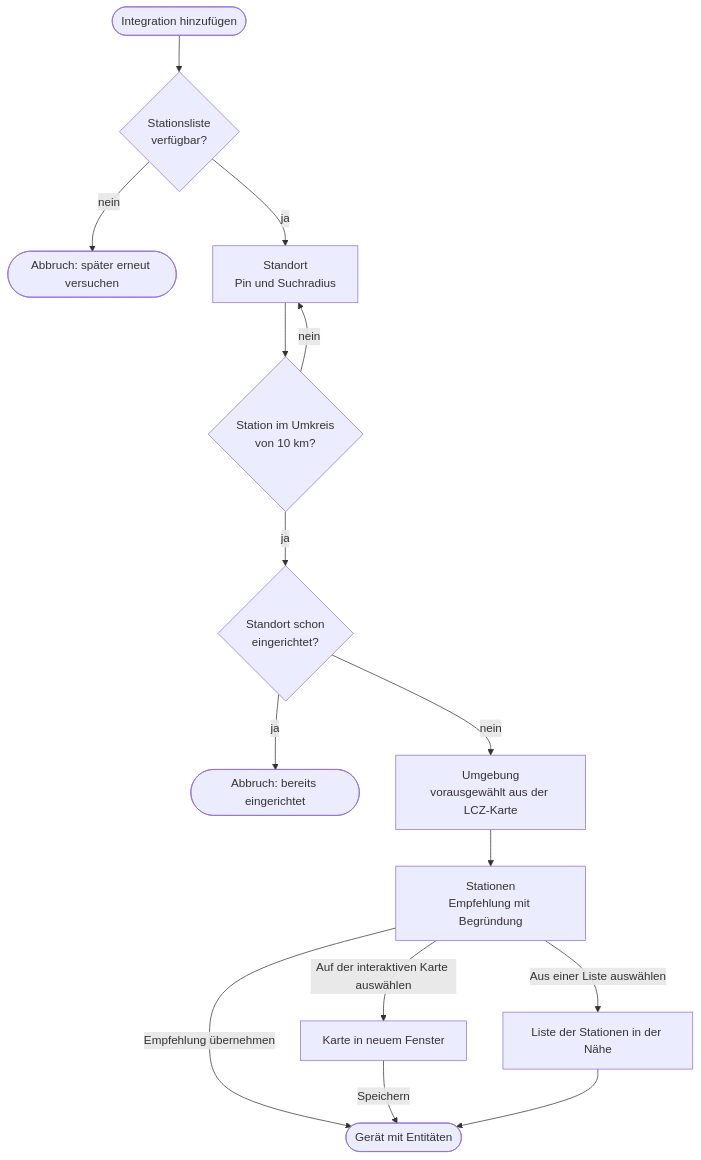
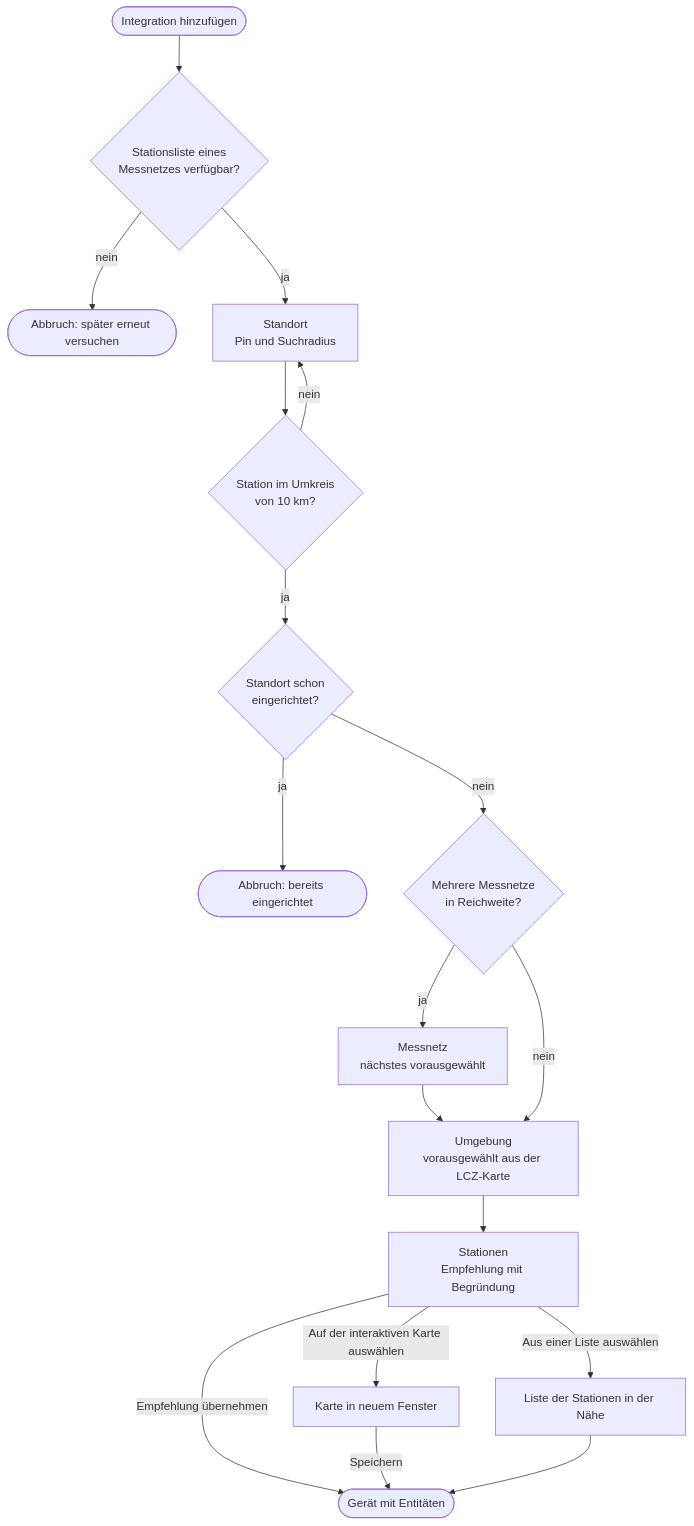
Before and after one commit to CodeBrauer/ha-urban-weather: the diagram in docs/de/user/setup.md, drawn with Mermaid. The commit also changed other lines of this file and 30 other files, not shown here.

First line of the commit message:
feat: choose the network in the config flow (#78)

````diff
--- a/docs/de/user/setup.md
+++ b/docs/de/user/setup.md
@@ -8,15 +8,17 @@
 ```mermaid
 flowchart TD
-    Start([Integration hinzufügen]) --> List{Stationsliste<br>verfügbar?}
+    Start([Integration hinzufügen]) --> List{Stationsliste eines<br>Messnetzes verfügbar?}
     List -- nein --> Abort1([Abbruch: später erneut versuchen])
     List -- ja --> Location[Standort<br>Pin und Suchradius]
     Location --> Covered{Station im Umkreis<br>von 10 km?}
     Covered -- nein --> Location
     Covered -- ja --> Known{Standort schon<br>eingerichtet?}
     Known -- ja --> Abort2([Abbruch: bereits eingerichtet])
-    Known -- nein --> Env[Umgebung<br>vorausgewählt aus der LCZ-Karte]
+    Known -- nein --> Several{Mehrere Messnetze<br>in Reichweite?}
+    Several -- ja --> Network[Messnetz<br>nächstes vorausgewählt] --> Env
+    Several -- nein --> Env[Umgebung<br>vorausgewählt aus der LCZ-Karte]
     Env --> Menu[Stationen<br>Empfehlung mit Begründung]
     Menu -->|Empfehlung übernehmen| Done([Gerät mit Entitäten])
     Menu -->|Auf der interaktiven Karte auswählen| Map[Karte in neuem Fenster] -->|Speichern| Done
     Menu -->|Aus einer Liste auswählen| Form[Liste der Stationen in der Nähe] --> Done
 ```
````
